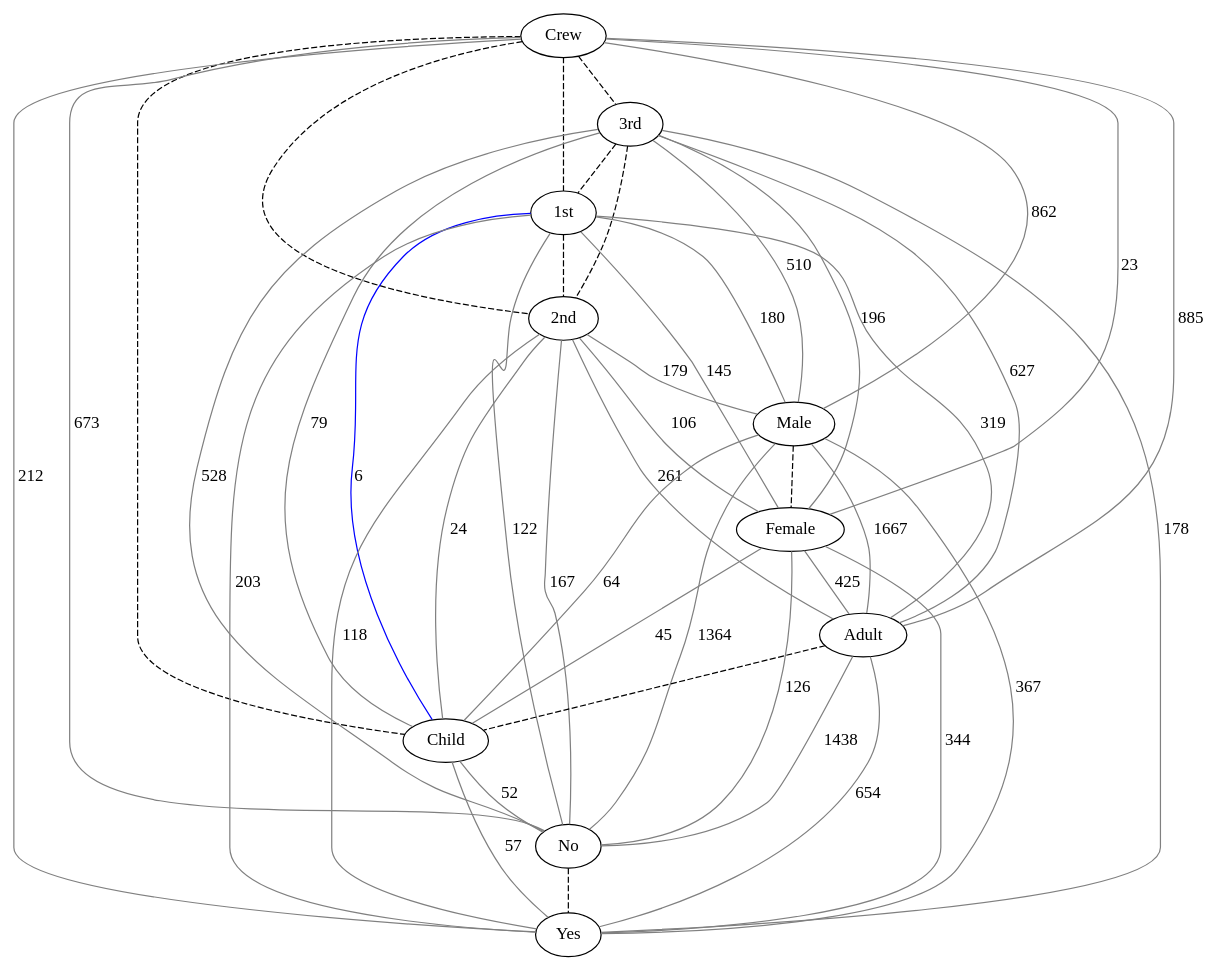
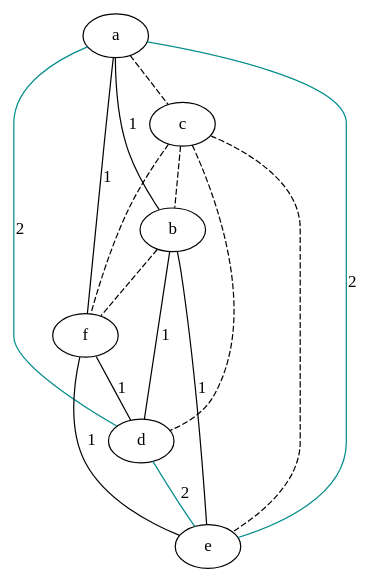
Before and after one commit to lrodrin/TFG: the diagram in src/extension/linearGraph.dot, drawn with Graphviz. The commit also changed 6 other files, not shown here.

```diff
--- a/src/extension/linearGraph.dot
+++ b/src/extension/linearGraph.dot
@@ -1,57 +1,23 @@
 strict graph "" {
-Crew;
-"3rd";
-"1st";
-"2nd";
-Male;
-Female;
-Adult;
-Child;
-No;
-Yes;
-Crew -- "3rd"  [color=black, style=dashed];
-Crew -- "1st"  [color=black, style=dashed];
-Crew -- "2nd"  [color=black, style=dashed];
-Crew -- Male  [color=grey, label=862, style=solid];
-Crew -- Female  [color=grey, label=23, style=solid];
-Crew -- Adult  [color=grey, label=885, style=solid];
-Crew -- Child  [color=black, style=dashed];
-Crew -- No  [color=grey, label=673, style=solid];
-Crew -- Yes  [color=grey, label=212, style=solid];
-"3rd" -- "1st"  [color=black, style=dashed];
-"3rd" -- "2nd"  [color=black, style=dashed];
-"3rd" -- Male  [color=grey, label=510, style=solid];
-"3rd" -- Female  [color=grey, label=196, style=solid];
-"3rd" -- Adult  [color=grey, label=627, style=solid];
-"3rd" -- Child  [color=grey, label=79, style=solid];
-"3rd" -- No  [color=grey, label=528, style=solid];
-"3rd" -- Yes  [color=grey, label=178, style=solid];
-"1st" -- "2nd"  [color=black, style=dashed];
-"1st" -- Male  [color=grey, label=180, style=solid];
-"1st" -- Female  [color=grey, label=145, style=solid];
-"1st" -- Adult  [color=grey, label=319, style=solid];
-"1st" -- Child  [color=blue, label=6, style=solid];
-"1st" -- No  [color=grey, label=122, style=solid];
-"1st" -- Yes  [color=grey, label=203, style=solid];
-"2nd" -- Male  [color=grey, label=179, style=solid];
-"2nd" -- Female  [color=grey, label=106, style=solid];
-"2nd" -- Adult  [color=grey, label=261, style=solid];
-"2nd" -- Child  [color=grey, label=24, style=solid];
-"2nd" -- No  [color=grey, label=167, style=solid];
-"2nd" -- Yes  [color=grey, label=118, style=solid];
-Male -- Female  [color=black, style=dashed];
-Male -- Adult  [color=grey, label=1667, style=solid];
-Male -- Child  [color=grey, label=64, style=solid];
-Male -- No  [color=grey, label=1364, style=solid];
-Male -- Yes  [color=grey, label=367, style=solid];
-Female -- Adult  [color=grey, label=425, style=solid];
-Female -- Child  [color=grey, label=45, style=solid];
-Female -- No  [color=grey, label=126, style=solid];
-Female -- Yes  [color=grey, label=344, style=solid];
-Adult -- Child  [color=black, style=dashed];
-Adult -- No  [color=grey, label=1438, style=solid];
-Adult -- Yes  [color=grey, label=654, style=solid];
-Child -- No  [color=grey, label=52, style=solid];
-Child -- Yes  [color=grey, label=57, style=solid];
-No -- Yes  [color=black, style=dashed];
+a;
+c;
+b;
+f;
+d;
+e;
+a -- c  [color=black, style=dashed];
+a -- b  [color=black, label=1, style=solid];
+a -- f  [color=black, label=1, style=solid];
+a -- d  [color=cyan4, label=2, style=solid];
+a -- e  [color=cyan4, label=2, style=solid];
+c -- b  [color=black, style=dashed];
+c -- f  [color=black, style=dashed];
+c -- d  [color=black, style=dashed];
+c -- e  [color=black, style=dashed];
+b -- f  [color=black, style=dashed];
+b -- d  [color=black, label=1, style=solid];
+b -- e  [color=black, label=1, style=solid];
+f -- d  [color=black, label=1, style=solid];
+f -- e  [color=black, label=1, style=solid];
+d -- e  [color=cyan4, label=2, style=solid];
 }
```
